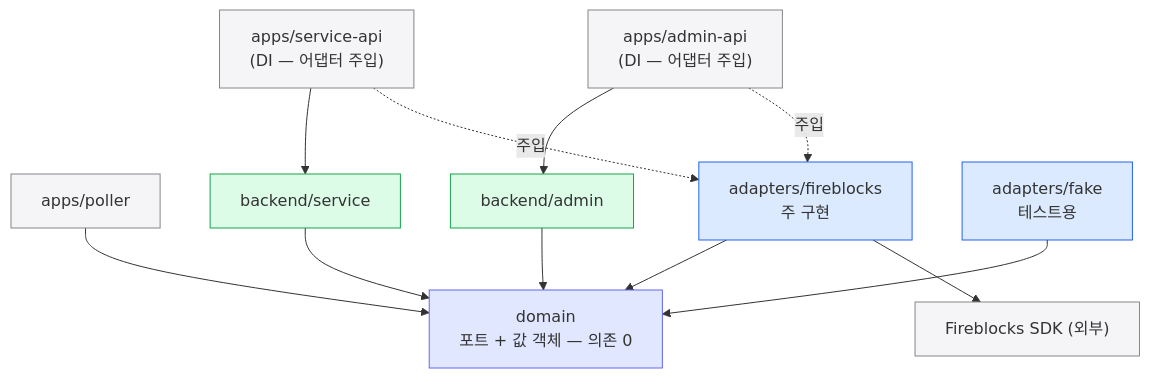
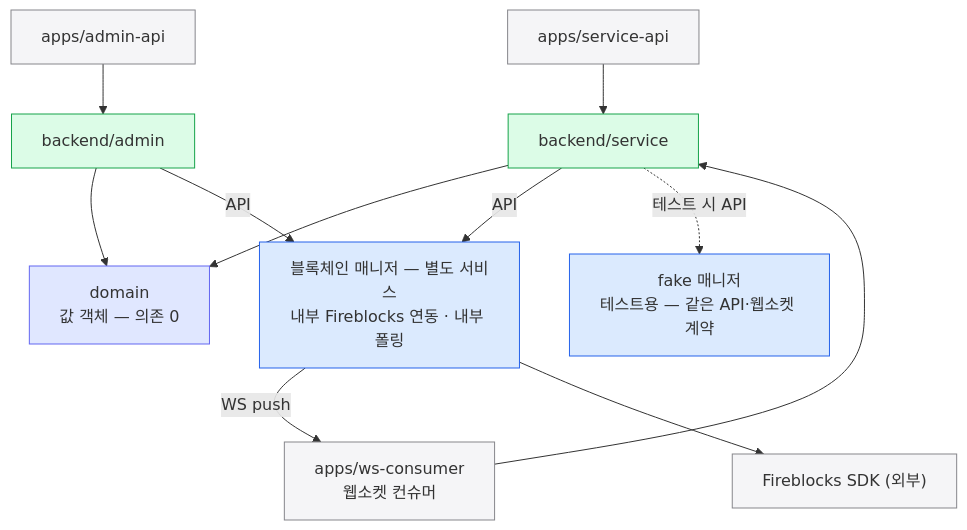
Before and after one commit to eunsujeo/eunpus: the third of 4 diagrams in blockchain-manager/docs/설계/09-switch-extend.md, drawn with Mermaid. The commit also changed other lines of this file and 10 other files, not shown here.

First line of the commit message:
칸반 문서: 아키텍처 경계 전면 전환 — 포트/어댑터 → 매니저 API + 웹소켓

````diff
--- a/blockchain-manager/docs/설계/09-switch-extend.md
+++ b/blockchain-manager/docs/설계/09-switch-extend.md
@@ -78,29 +80,29 @@
 ```mermaid
 flowchart TB
-    SAPI["apps/service-api<br/>(DI — 어댑터 주입)"]
-    AAPI["apps/admin-api<br/>(DI — 어댑터 주입)"]
-    HOOK["apps/poller"]
+    SAPI["apps/service-api"]
+    AAPI["apps/admin-api"]
+    WSC["apps/ws-consumer<br/>웹소켓 컨슈머"]
     SBE["backend/service"]
     ABE["backend/admin"]
-    FBA["adapters/fireblocks<br/>주 구현"]
-    FAKE["adapters/fake<br/>테스트용"]
-    DOM["domain<br/>포트 + 값 객체 — 의존 0"]
+    DOM["domain<br/>값 객체 — 의존 0"]
+    BM["블록체인 매니저 — 별도 서비스<br/>내부 Fireblocks 연동 · 내부 폴링"]
+    FAKE["fake 매니저<br/>테스트용 — 같은 API·웹소켓 계약"]
     SDK["Fireblocks SDK (외부)"]
 
     SAPI --> SBE
     AAPI --> ABE
-    SAPI -.주입.-> FBA
-    AAPI -.주입.-> FBA
+    WSC --> SBE
     SBE --> DOM
     ABE --> DOM
-    FBA --> DOM
-    FAKE --> DOM
-    FBA --> SDK
-    HOOK --> DOM
+    SBE -->|API| BM
+    ABE -->|API| BM
+    BM -->|WS push| WSC
+    SBE -.테스트 시 API.-> FAKE
+    BM --> SDK
 
     classDef mine fill:#dcfce7,stroke:#16a34a;
     classDef impl fill:#dbeafe,stroke:#2563eb;
     classDef core fill:#e0e7ff,stroke:#6366f1;
     classDef ext fill:#f5f5f7,stroke:#86868b;
-    class SBE,ABE mine; class FBA,FAKE impl; class DOM core; class SAPI,AAPI,HOOK,SDK ext;
+    class SBE,ABE mine; class BM,FAKE impl; class DOM core; class SAPI,AAPI,WSC,SDK ext;
 ```
````
